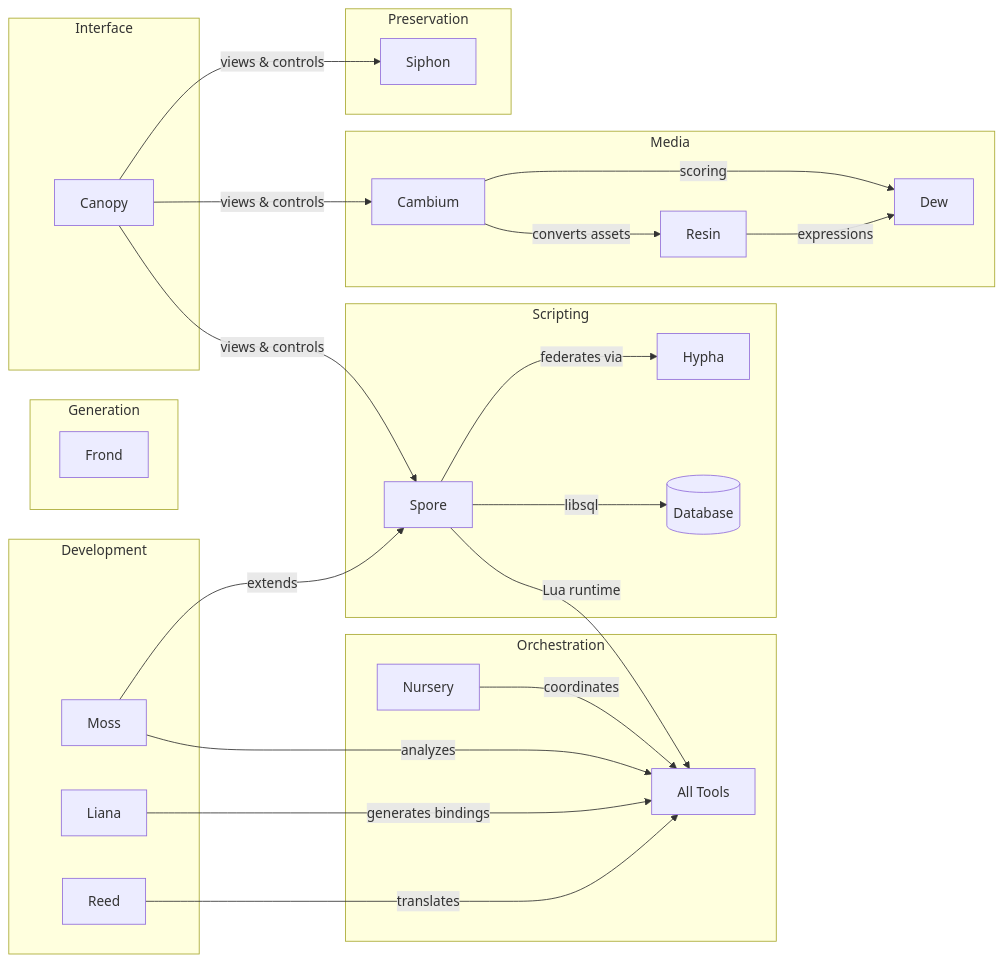
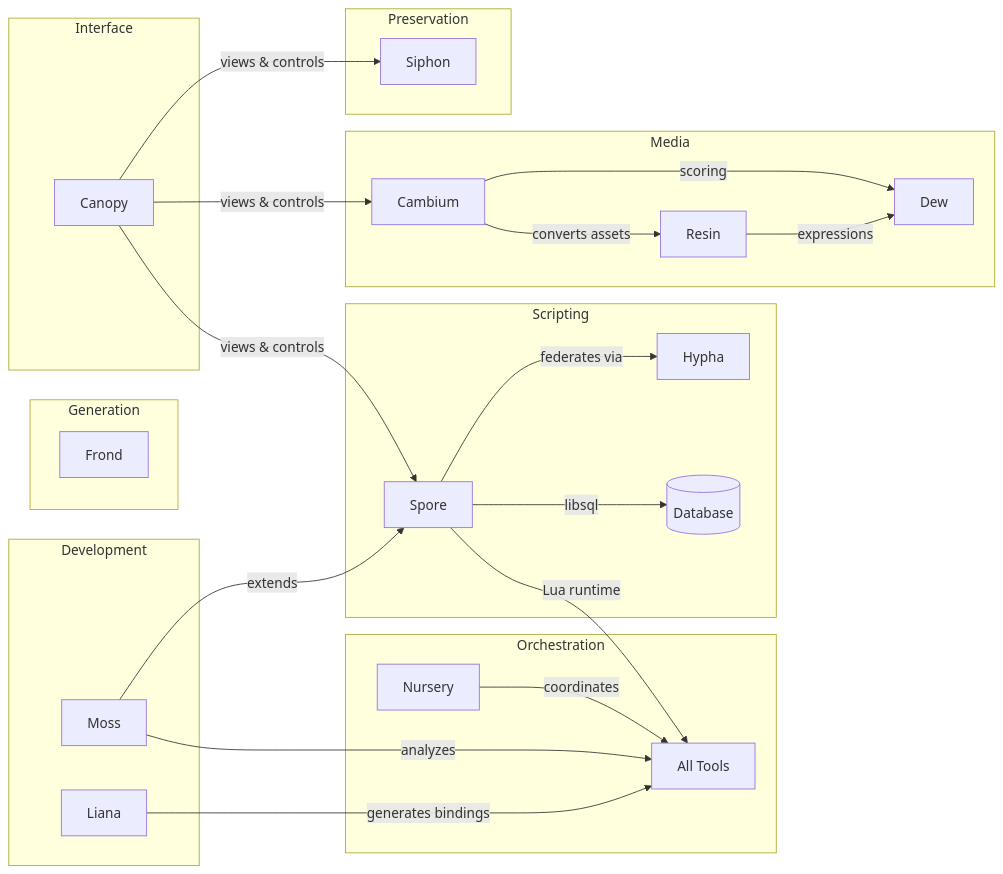
One commit to rhi-zone/rhi-zone.github.io changed the diagram in docs/about.md. Above: the diagram before and after it, drawn with Mermaid. The commit also changed other lines of this file and 6 other files, not shown here.

````diff
--- a/docs/about.md
+++ b/docs/about.md
@@ -101,33 +100,32 @@
 ```mermaid
 graph LR
     subgraph "Orchestration"
         N[Nursery] --> |coordinates| ALL[All Tools]
     end
     subgraph "Development"
         M[Moss] --> |analyzes| ALL
         LI[Liana] --> |generates bindings| ALL
-        RE[Reed] --> |translates| ALL
     end
     subgraph "Scripting"
         S[Spore] --> |Lua runtime| ALL
         M --> |extends| S
         S --> |libsql| DB[(Database)]
         S --> |federates via| H[Hypha]
     end
     subgraph "Media"
         R[Resin] --> |expressions| D[Dew]
         CA[Cambium] --> |converts assets| R
         CA --> |scoring| D
     end
     subgraph "Generation"
         F[Frond]
     end
     subgraph "Preservation"
         W[Siphon]
     end
     subgraph "Interface"
         CN[Canopy] --> |views & controls| S
         CN --> |views & controls| CA
         CN --> |views & controls| W
     end
 ```
````
